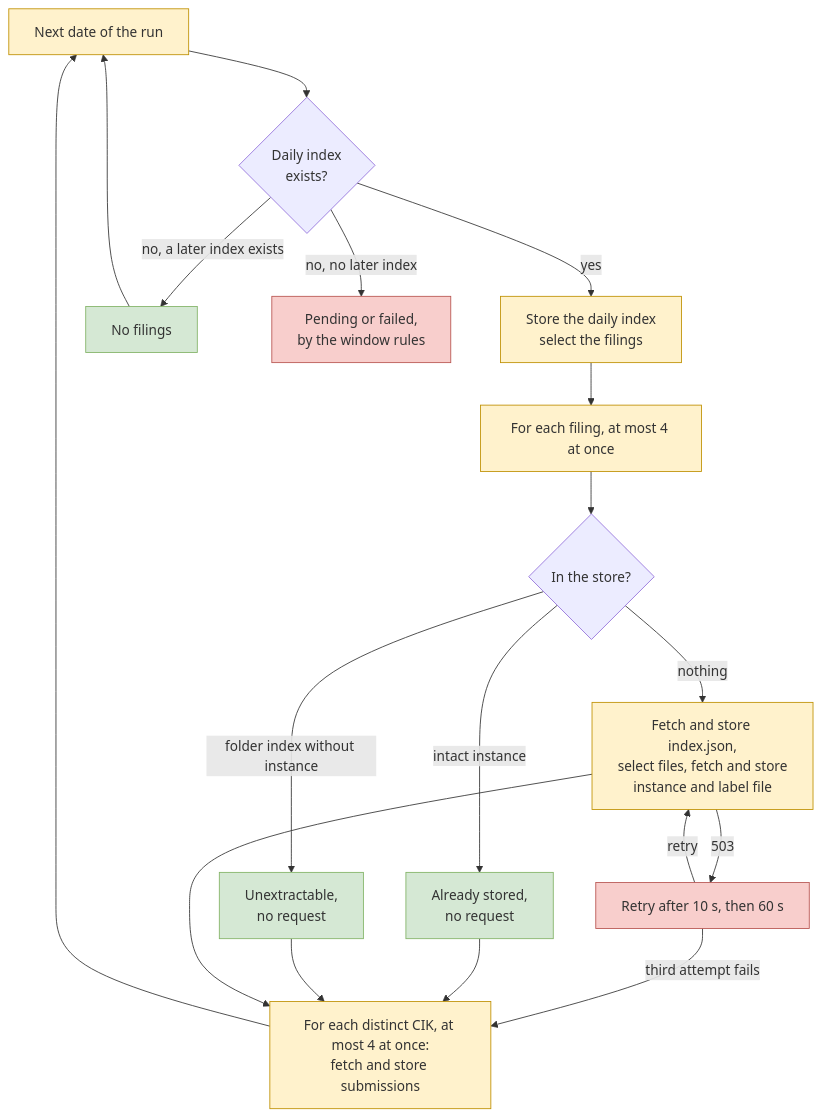
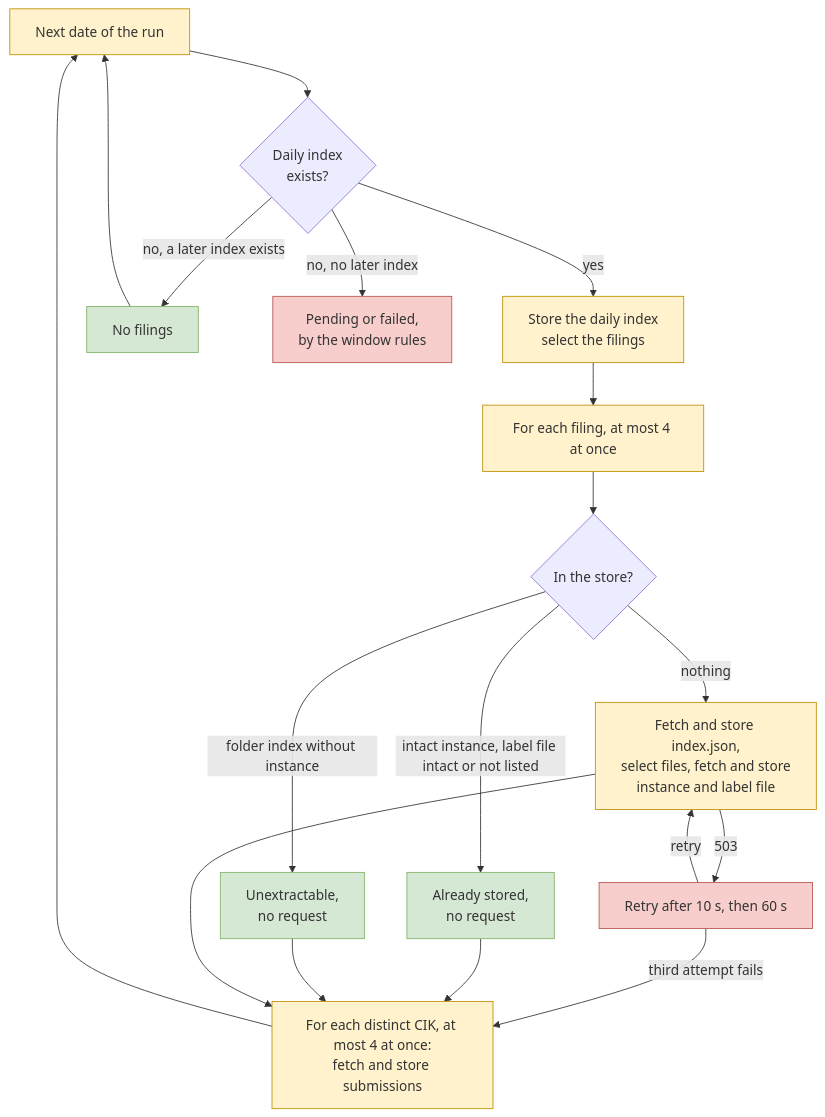
One commit to ironcapitaleu/arkad changed the fourth of 4 diagrams in sec/design/pipeline/extraction_overview.md. Above: the diagram before and after it, drawn with Mermaid. The commit also changed other lines of this file and 3 other files, not shown here.

First line of the commit message:
feat(sec): skip a stored filing only when its label file is intact (#409)

````diff
--- a/sec/design/pipeline/extraction_overview.md
+++ b/sec/design/pipeline/extraction_overview.md
@@ -394,24 +394,24 @@
 ```mermaid
 flowchart TB
     classDef step fill:#fff2cc,stroke:#bf9000
     classDef skip fill:#d5e8d4,stroke:#82b366
     classDef fail fill:#f8cecc,stroke:#b85450
 
     D["Next date of the run"]:::step --> DI{"Daily index<br/>exists?"}
     DI -- "yes" --> SD["Store the daily index<br/>select the filings"]:::step
     DI -- "no, a later index exists" --> E["No filings"]:::skip
     DI -- "no, no later index" --> P["Pending or failed,<br/>by the window rules"]:::fail
     SD --> F["For each filing, at most 4 at once"]:::step
     F --> R{"In the store?"}
-    R -- "intact instance" --> S1["Already stored,<br/>no request"]:::skip
+    R -- "intact instance, label file intact or not listed" --> S1["Already stored,<br/>no request"]:::skip
     R -- "folder index without instance" --> S2["Unextractable,<br/>no request"]:::skip
     R -- "nothing" --> X["Fetch and store index.json,<br/>select files, fetch and store<br/>instance and label file"]:::step
     X -- "503" --> RT["Retry after 10 s, then 60 s"]:::fail
     RT -- "retry" --> X
     RT -- "third attempt fails" --> C
     S1 --> C["For each distinct CIK, at most 4 at once:<br/>fetch and store submissions"]:::step
     S2 --> C
     X --> C
     E --> D
     C --> D
 ```
````
